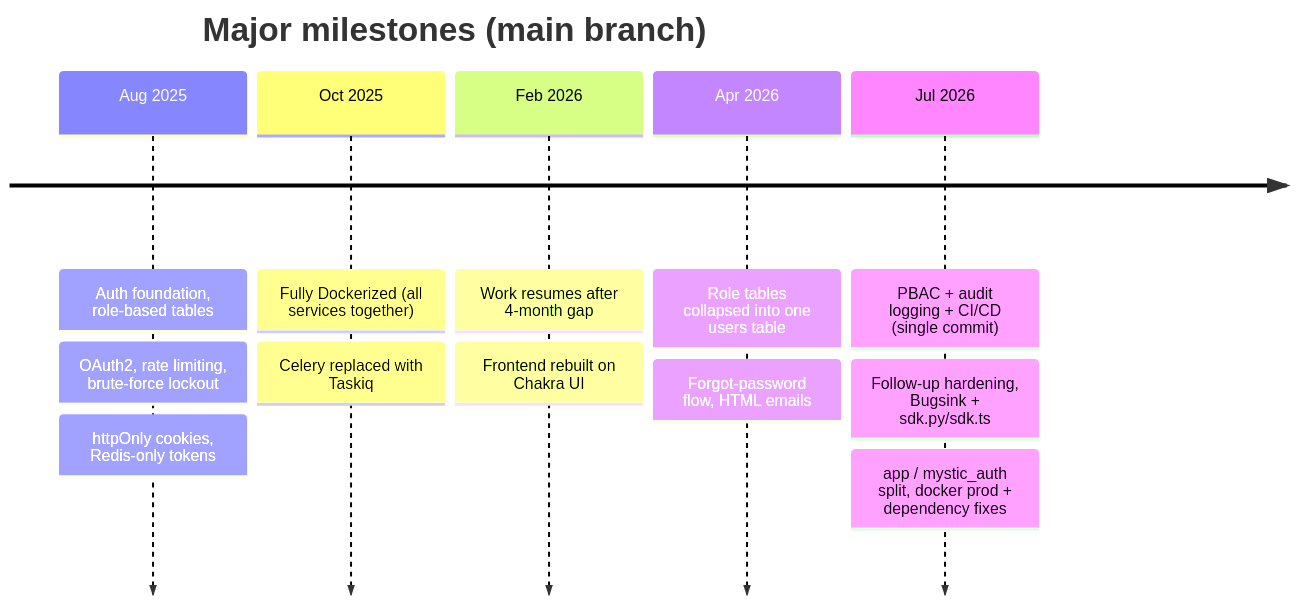
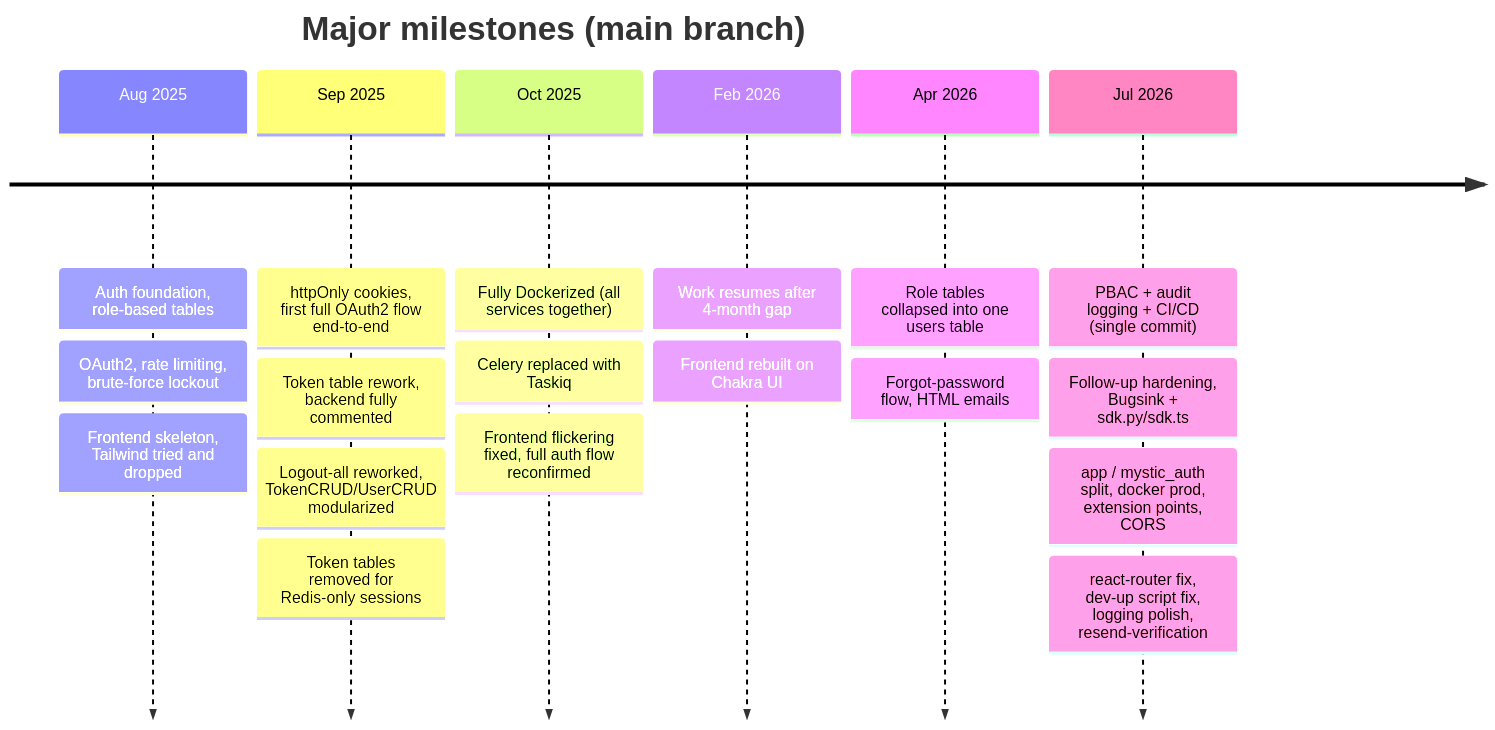
The diagram in docs/mystic_auth/project-story/README.md (Nachiket-2024/manifest-cv), drawn with Mermaid before and after one commit. The commit also changed other lines of this file and 401 other files, not shown here.

Commit message:
Fixed nav/router/vite-alias bugs, Windows CRLF, and resume refetch; synced mystic-auth

````diff
--- a/docs/mystic_auth/project-story/README.md
+++ b/docs/mystic_auth/project-story/README.md
@@ -37,16 +37,22 @@
 ```mermaid
 timeline
     title Major milestones (main branch)
-    Aug 2025 : Auth foundation, role-based tables
-             : OAuth2, rate limiting, brute-force lockout
-             : httpOnly cookies, Redis-only tokens
-    Oct 2025 : Fully Dockerized (all services together)
-             : Celery replaced with Taskiq
-    Feb 2026 : Work resumes after 4-month gap
-             : Frontend rebuilt on Chakra UI
-    Apr 2026 : Role tables collapsed into one users table
-             : Forgot-password flow, HTML emails
-    Jul 2026 : PBAC + audit logging + CI/CD (single commit)
-             : Follow-up hardening, Bugsink + sdk.py/sdk.ts
-             : app / mystic_auth split, docker prod + dependency fixes
+    Aug 2025: Auth foundation, role-based tables
+            : OAuth2, rate limiting, brute-force lockout
+            : Frontend skeleton, Tailwind tried and dropped
+    Sep 2025: httpOnly cookies, first full OAuth2 flow end-to-end
+            : Token table rework, backend fully commented
+            : Logout-all reworked, TokenCRUD/UserCRUD modularized
+            : Token tables removed for Redis-only sessions
+    Oct 2025: Fully Dockerized (all services together)
+            : Celery replaced with Taskiq
+            : Frontend flickering fixed, full auth flow reconfirmed
+    Feb 2026: Work resumes after 4-month gap
+            : Frontend rebuilt on Chakra UI
+    Apr 2026: Role tables collapsed into one users table
+            : Forgot-password flow, HTML emails
+    Jul 2026: PBAC + audit logging + CI/CD (single commit)
+            : Follow-up hardening, Bugsink + sdk.py/sdk.ts
+            : app / mystic_auth split, docker prod, extension points, CORS
+            : react-router fix, dev-up script fix, logging polish, resend-verification
 ```
````
